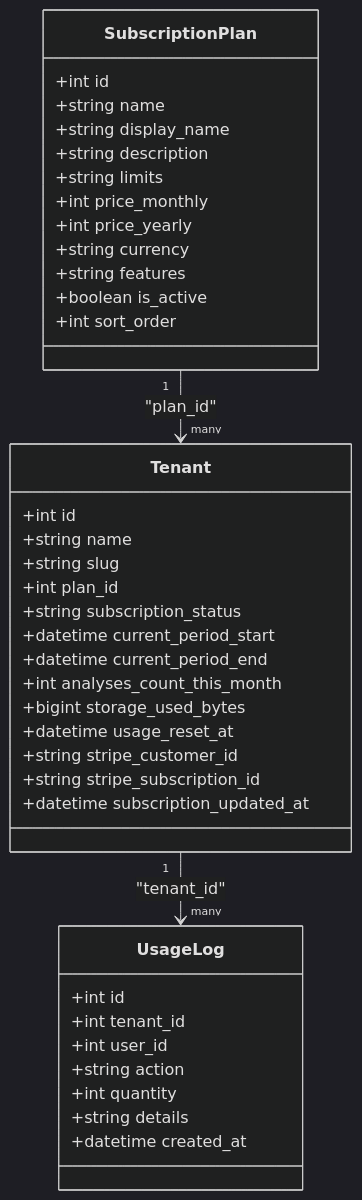
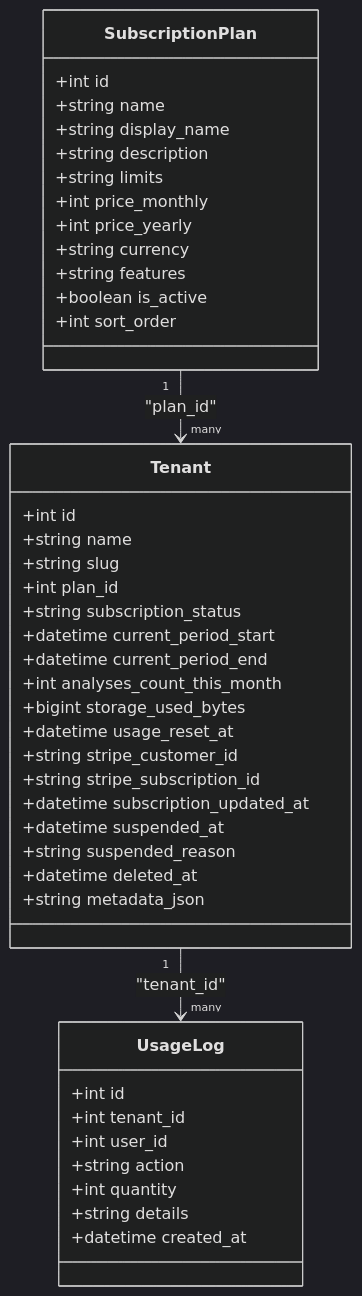
Before and after one commit to Revanththetalogics/aireume: the fourth of 10 diagrams in .qoder/repowiki/en/content/Database Design/Multi-Tenant Architecture.md, drawn with Mermaid (dark theme). The commit also changed other lines of this file and 13 other files, not shown here.

````diff
--- a/.qoder/repowiki/en/content/Database Design/Multi-Tenant Architecture.md
+++ b/.qoder/repowiki/en/content/Database Design/Multi-Tenant Architecture.md
@@ -169,42 +200,46 @@
 ```mermaid
 classDiagram
 class SubscriptionPlan {
 +int id
 +string name
 +string display_name
 +string description
 +string limits
 +int price_monthly
 +int price_yearly
 +string currency
 +string features
 +boolean is_active
 +int sort_order
 }
 class Tenant {
 +int id
 +string name
 +string slug
 +int plan_id
 +string subscription_status
 +datetime current_period_start
 +datetime current_period_end
 +int analyses_count_this_month
 +bigint storage_used_bytes
 +datetime usage_reset_at
 +string stripe_customer_id
 +string stripe_subscription_id
 +datetime subscription_updated_at
++datetime suspended_at
++string suspended_reason
++datetime deleted_at
++string metadata_json
 }
 class UsageLog {
 +int id
 +int tenant_id
 +int user_id
 +string action
 +int quantity
 +string details
 +datetime created_at
 }
 SubscriptionPlan "1" --> "many" Tenant : "plan_id"
 Tenant "1" --> "many" UsageLog : "tenant_id"
 ```
````
